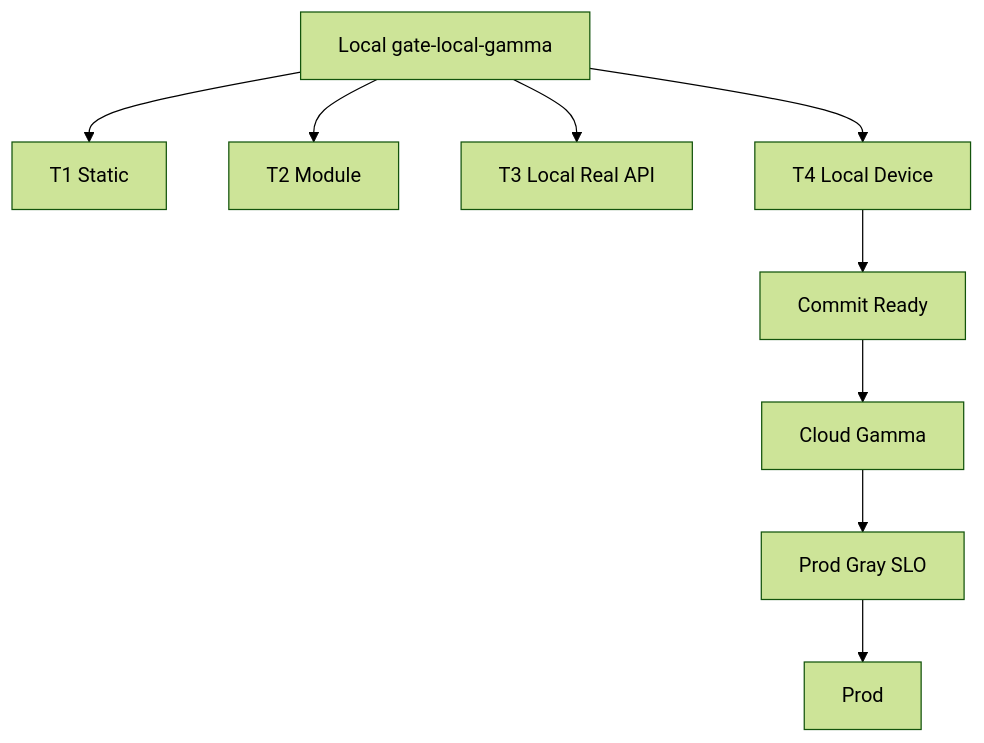
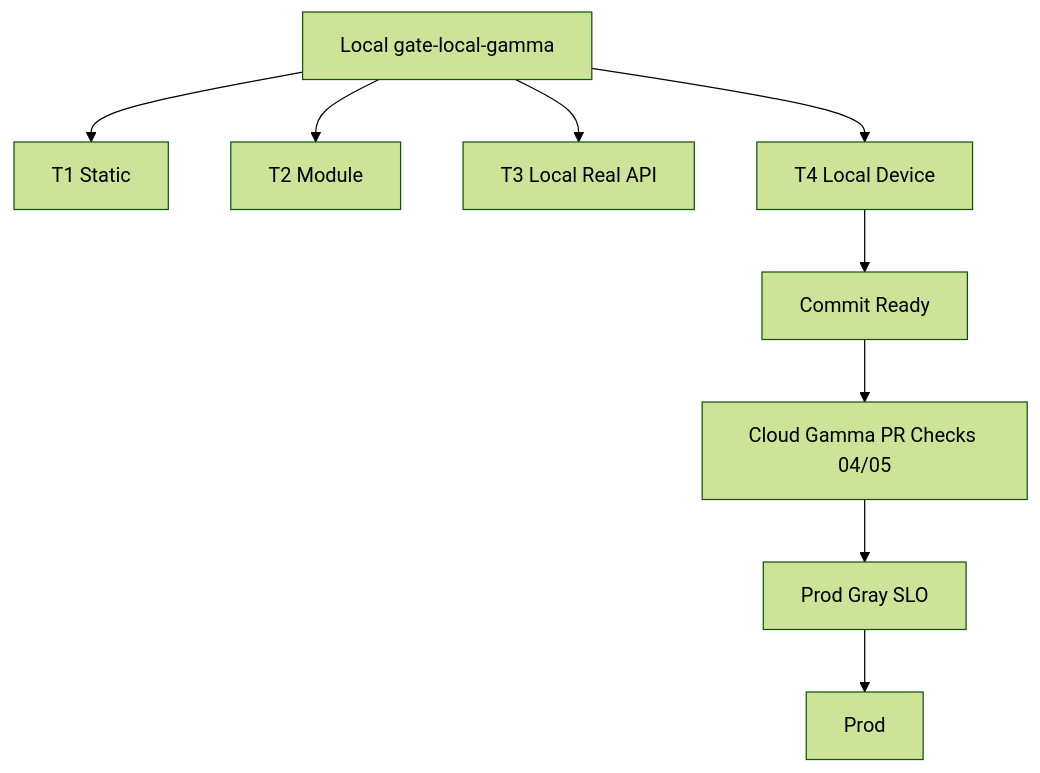
The diagram in specs/feature-tree/runtime/deliver-deploy-prod-pipeline/local-gamma-mirror/design.md (openstudio2022/quwoquan), drawn with Mermaid (forest theme) before and after one commit. The commit also changed other lines of this file and 43 other files, not shown here.

````diff
--- a/specs/feature-tree/runtime/deliver-deploy-prod-pipeline/local-gamma-mirror/design.md
+++ b/specs/feature-tree/runtime/deliver-deploy-prod-pipeline/local-gamma-mirror/design.md
@@ -31,11 +31,11 @@
 ```mermaid
 flowchart TB
   LocalGate["Local gate-local-gamma"] --> T1["T1 Static"]
   LocalGate --> T2["T2 Module"]
   LocalGate --> T3["T3 Local Real API"]
   LocalGate --> T4["T4 Local Device"]
   T4 --> CommitReady["Commit Ready"]
-  CommitReady --> CloudGamma["Cloud Gamma"]
+  CommitReady --> CloudGamma["Cloud Gamma PR Checks 04/05"]
   CloudGamma --> ProdGray["Prod Gray SLO"]
   ProdGray --> Prod["Prod"]
 ```
````
